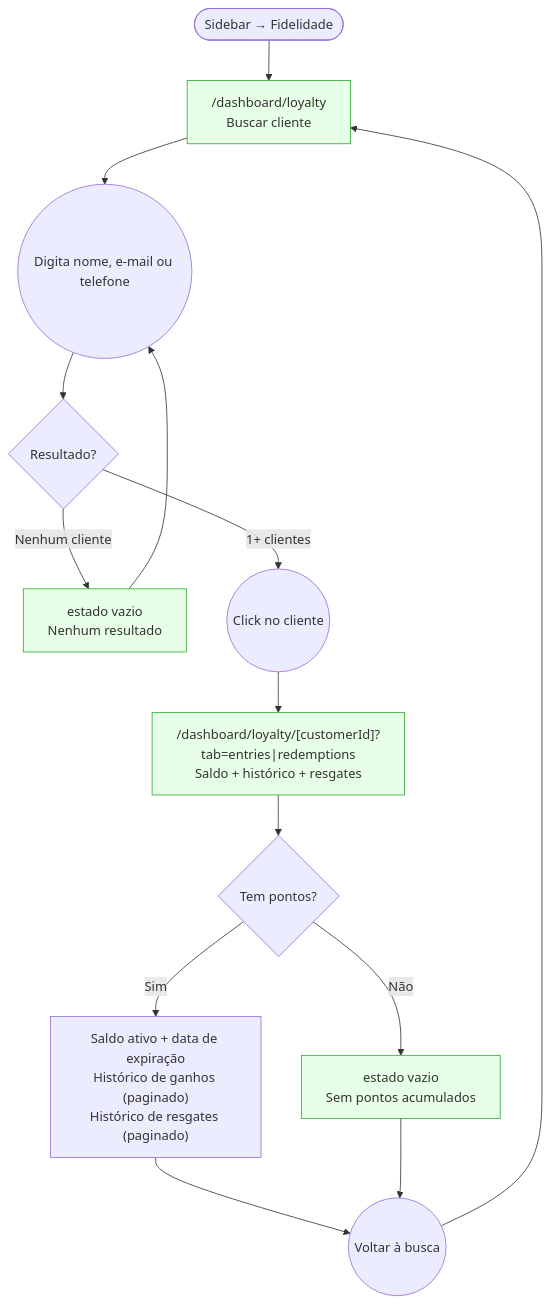
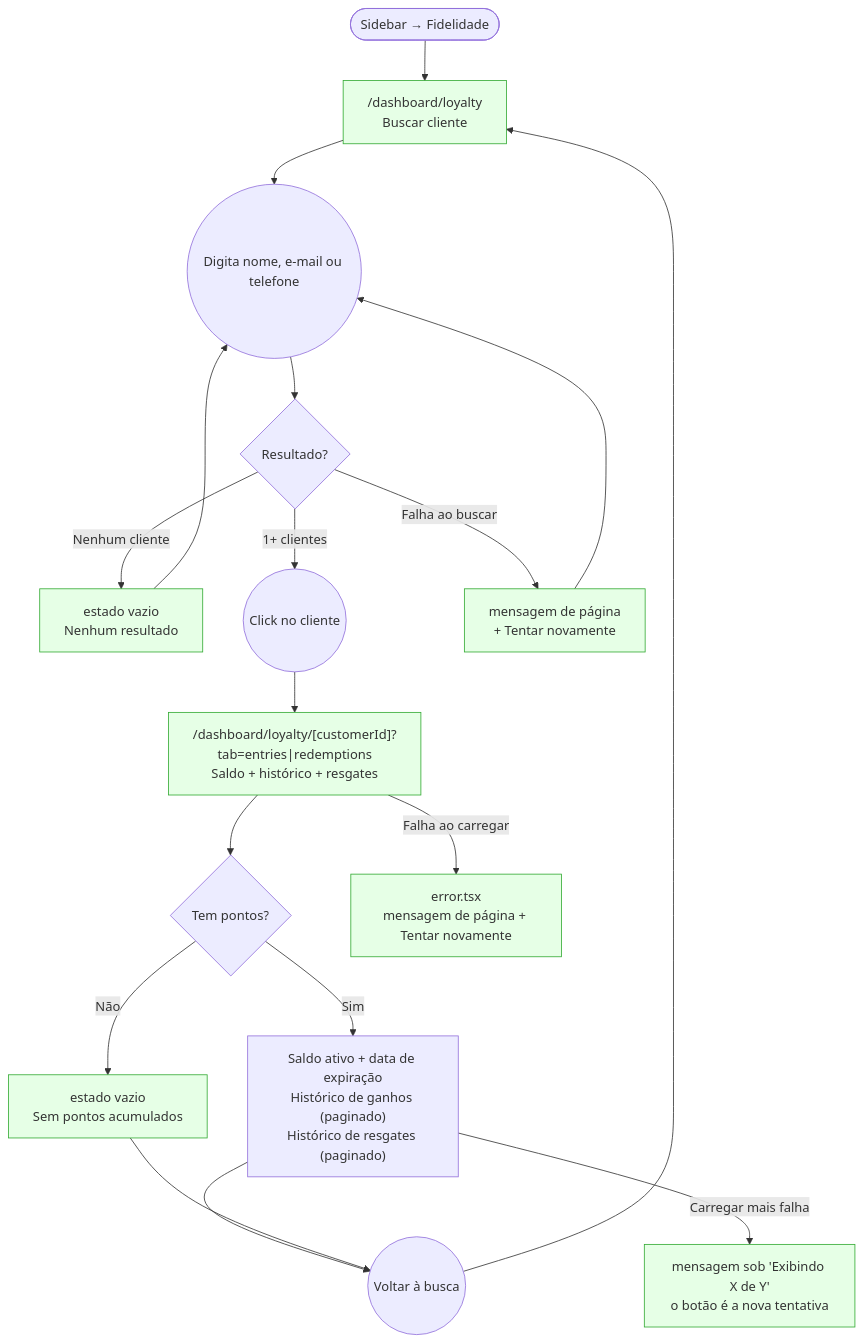
One commit to lmmoreira/ikaro changed the diagram in journeys/staff/fidelidade.md. Above: the diagram before and after it, drawn with Mermaid. The commit also changed other lines of this file and 14 other files, not shown here.

````diff
--- a/journeys/staff/fidelidade.md
+++ b/journeys/staff/fidelidade.md
@@ -10,25 +10,30 @@
 ```mermaid
 flowchart TD
     classDef existing fill:#e6ffe6,stroke:#3a3
     classDef gap stroke:#f00,stroke-dasharray: 5 5,fill:#fee
 
     Start(["Sidebar → Fidelidade"]) --> SearchPage["/dashboard/loyalty<br/>Buscar cliente"]
     SearchPage --> Input(("Digita nome, e-mail ou telefone"))
     Input --> Results{"Resultado?"}
 
     Results -->|"Nenhum cliente"| NoResults["estado vazio<br/>Nenhum resultado"]
     NoResults --> Input
 
     Results -->|"1+ clientes"| Click(("Click no cliente"))
     Click --> Detail["/dashboard/loyalty/[customerId]?tab=entries|redemptions<br/>Saldo + histórico + resgates"]
 
     Detail --> HasBalance{"Tem pontos?"}
     HasBalance -->|"Sim"| Balance["Saldo ativo + data de expiração<br/>Histórico de ganhos (paginado)<br/>Histórico de resgates (paginado)"]
     HasBalance -->|"Não"| NoEntries["estado vazio<br/>Sem pontos acumulados"]
 
     Balance --> Back(("Voltar à busca"))
     NoEntries --> Back
     Back --> SearchPage
 
-    class SearchPage,Detail,NoResults,NoEntries existing
+    Results -->|"Falha ao buscar"| SearchError["mensagem de página<br/>+ Tentar novamente"]
+    SearchError --> Input
+    Detail -->|"Falha ao carregar"| RouteError["error.tsx<br/>mensagem de página + Tentar novamente"]
+    Balance -->|"Carregar mais falha"| LoadMoreError["mensagem sob 'Exibindo X de Y'<br/>o botão é a nova tentativa"]
+
+    class SearchPage,Detail,NoResults,NoEntries,SearchError,RouteError,LoadMoreError existing
 ```
````
